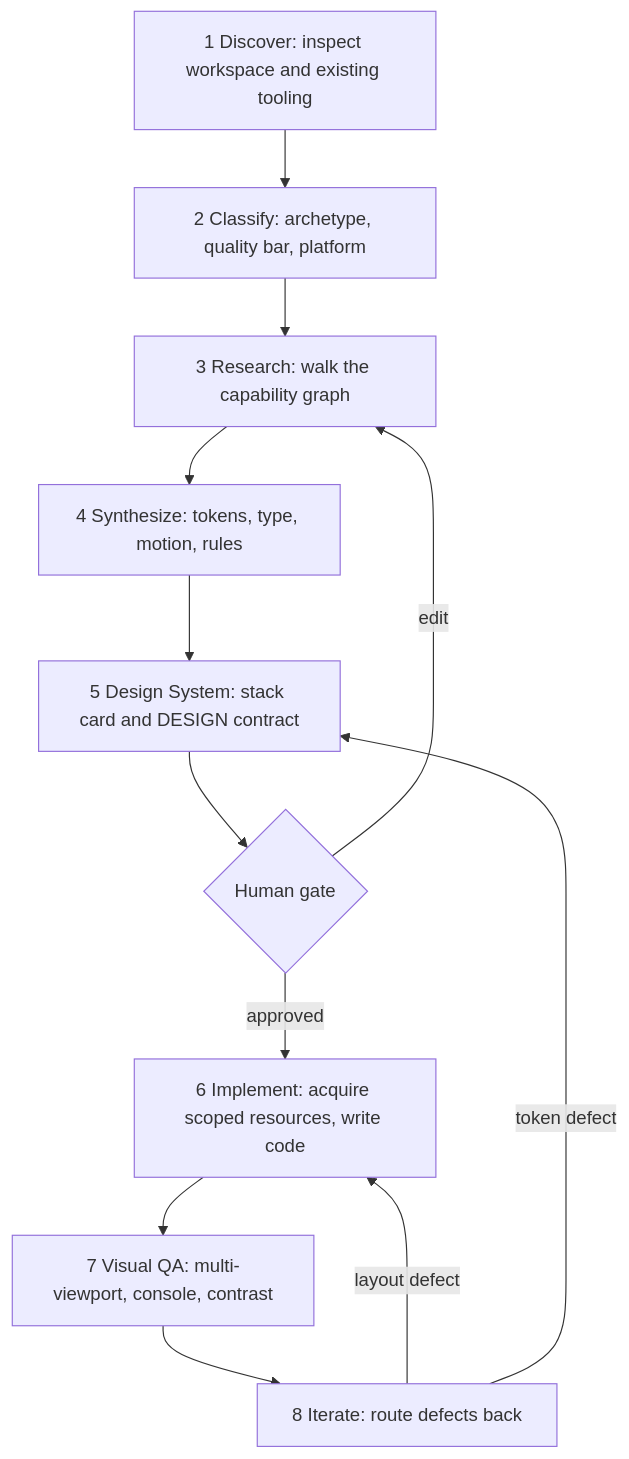
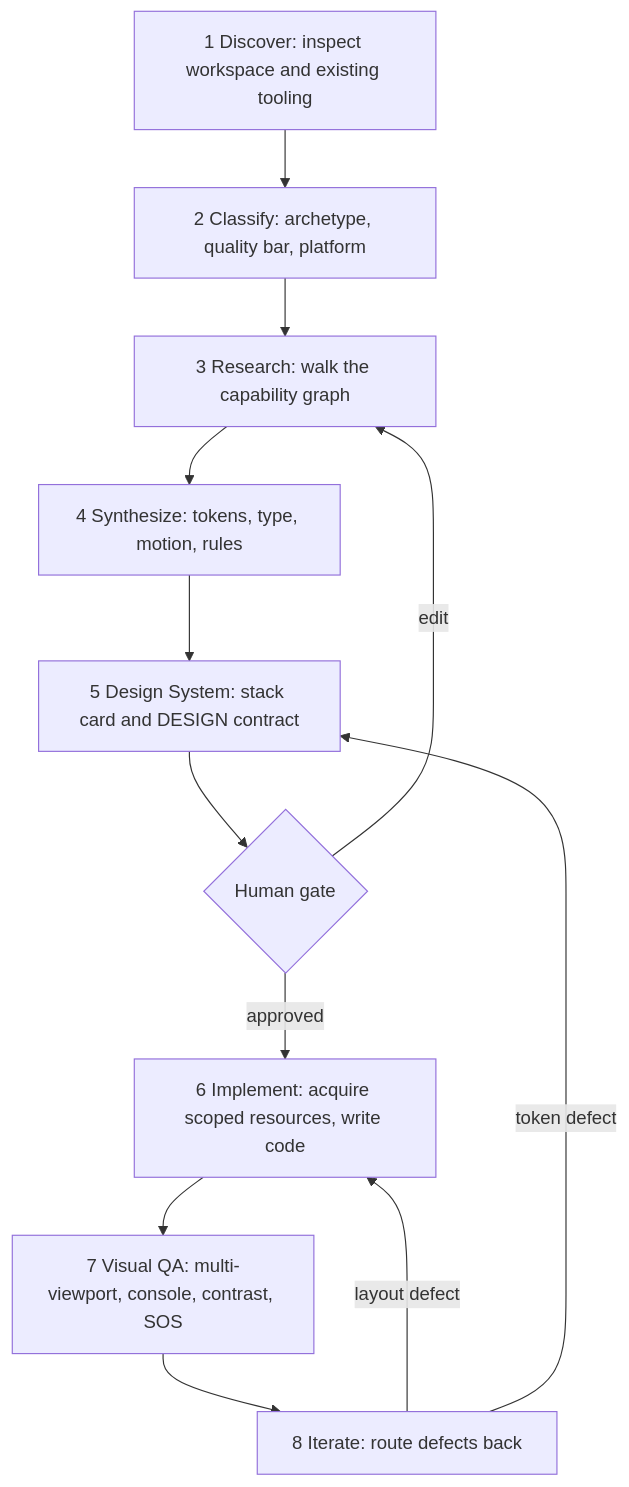
One commit to mahik504/orchestra-workflow changed the diagram in README.md. Above: the diagram before and after it, drawn with Mermaid. The commit also changed other lines of this file and 48 other files, not shown here.

````diff
--- a/README.md
+++ b/README.md
@@ -45,18 +64,18 @@
 ```mermaid
 flowchart TD
   discover[1 Discover: inspect workspace and existing tooling]
   classify[2 Classify: archetype, quality bar, platform]
   research[3 Research: walk the capability graph]
   synth[4 Synthesize: tokens, type, motion, rules]
   design[5 Design System: stack card and DESIGN contract]
   gate{Human gate}
   implement[6 Implement: acquire scoped resources, write code]
-  qa[7 Visual QA: multi-viewport, console, contrast]
+  qa[7 Visual QA: multi-viewport, console, contrast, SOS]
   iterate[8 Iterate: route defects back]
 
   discover --> classify --> research --> synth --> design --> gate
   gate -->|approved| implement --> qa --> iterate
   gate -->|edit| research
   iterate -->|layout defect| implement
   iterate -->|token defect| design
 ```
````
